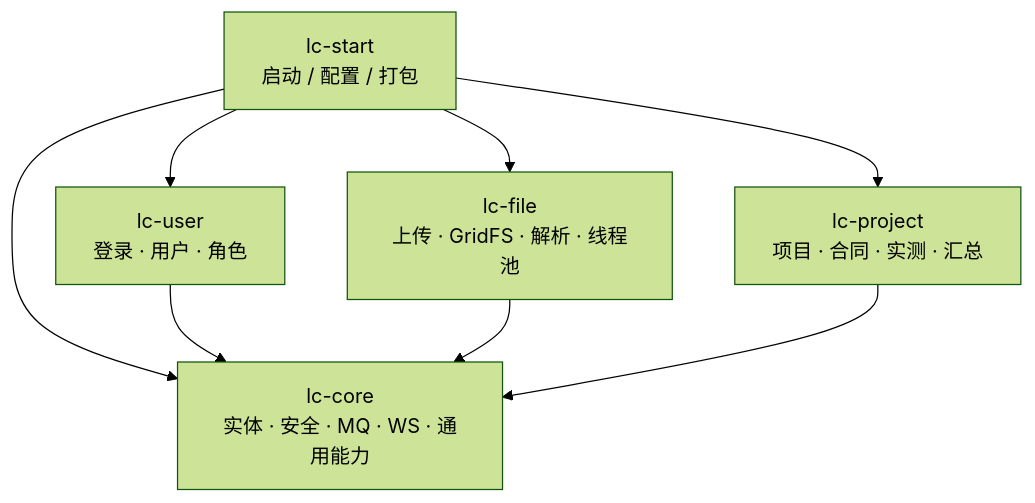
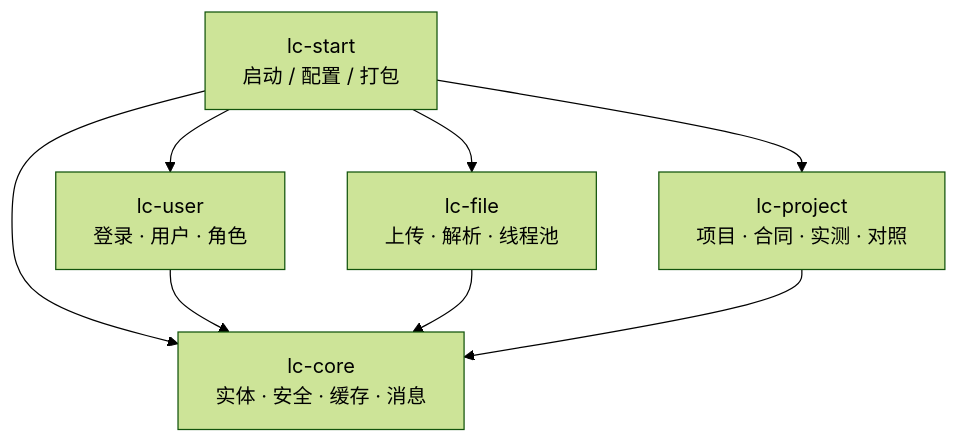
The second of 2 diagrams in README.md (HongxHH/land-backend), drawn with Mermaid (forest theme) before and after one commit. The commit also changed other lines of this file and 6 other files, not shown here.

````diff
--- a/README.md
+++ b/README.md
@@ -86,19 +63,16 @@
 ```mermaid
 flowchart TB
   START["lc-start<br/>启动 / 配置 / 打包"]
-
   USER["lc-user<br/>登录 · 用户 · 角色"]
-  FILE["lc-file<br/>上传 · GridFS · 解析 · 线程池"]
-  PROJ["lc-project<br/>项目 · 合同 · 实测 · 汇总"]
-
-  CORE["lc-core<br/>实体 · 安全 · MQ · WS · 通用能力"]
+  FILE["lc-file<br/>上传 · 解析 · 线程池"]
+  PROJ["lc-project<br/>项目 · 合同 · 实测 · 对照"]
+  CORE["lc-core<br/>实体 · 安全 · 缓存 · 消息"]
 
   START --> USER
   START --> FILE
   START --> PROJ
   START --> CORE
-
   USER --> CORE
   FILE --> CORE
   PROJ --> CORE
 ```
````
